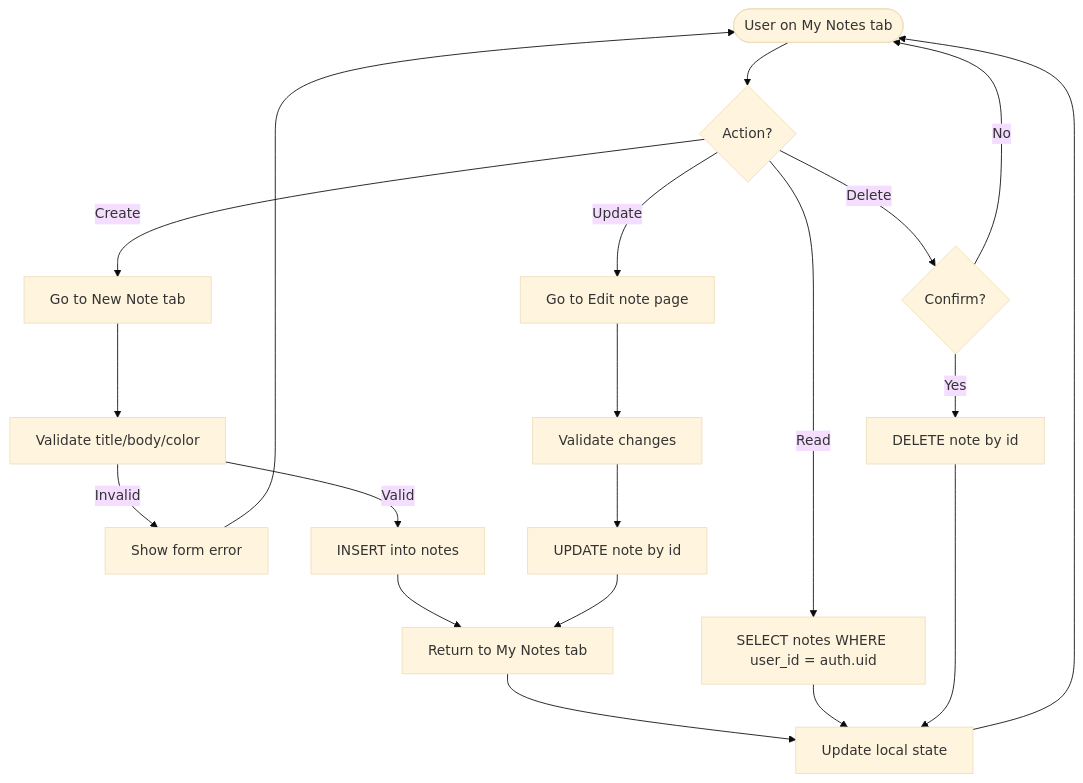
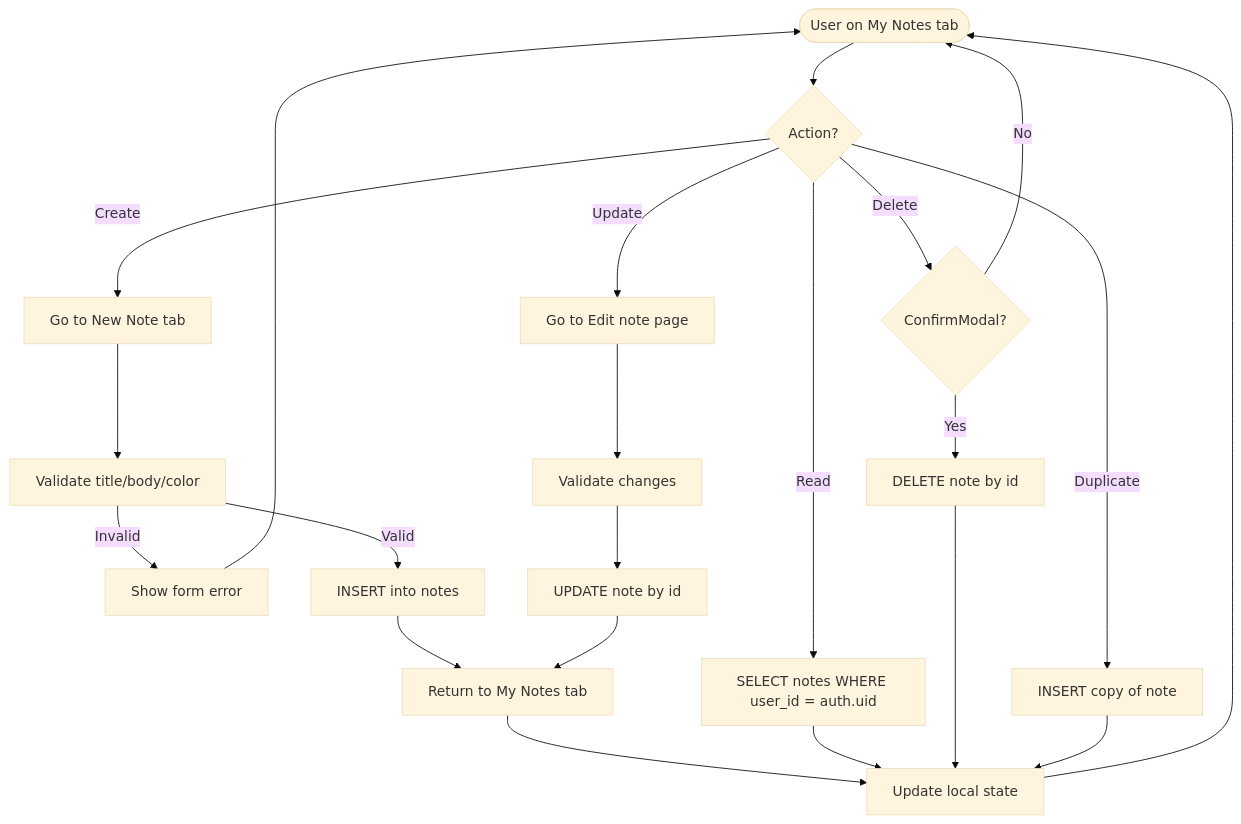
Before and after one commit to Angelica-Vides/Lumenote: the third of 19 diagrams in DIAGRAMS.md, drawn with Mermaid (base theme). The commit also changed other lines of this file and 22 other files, not shown here.

````diff
--- a/DIAGRAMS.md
+++ b/DIAGRAMS.md
@@ -70,22 +75,24 @@
 ```mermaid
 flowchart TD
     START([User on My Notes tab]) --> ACTION{Action?}
     ACTION -->|Create| NAV[Go to New Note tab]
     NAV --> VAL1[Validate title/body/color]
     VAL1 -->|Invalid| ERR[Show form error]
     VAL1 -->|Valid| INS[INSERT into notes]
     INS --> BACK[Return to My Notes tab]
     BACK --> REFRESH[Update local state]
     ACTION -->|Read| SEL[SELECT notes WHERE user_id = auth.uid]
     SEL --> REFRESH
     ACTION -->|Update| EDIT[Go to Edit note page]
     EDIT --> VAL2[Validate changes]
     VAL2 --> UPD[UPDATE note by id]
     UPD --> BACK
-    ACTION -->|Delete| CONF{Confirm?}
+    ACTION -->|Delete| CONF{ConfirmModal?}
     CONF -- No --> START
     CONF -- Yes --> DEL[DELETE note by id]
     DEL --> REFRESH
+    ACTION -->|Duplicate| DUP[INSERT copy of note]
+    DUP --> REFRESH
     REFRESH --> START
     ERR --> START
 ```
````
